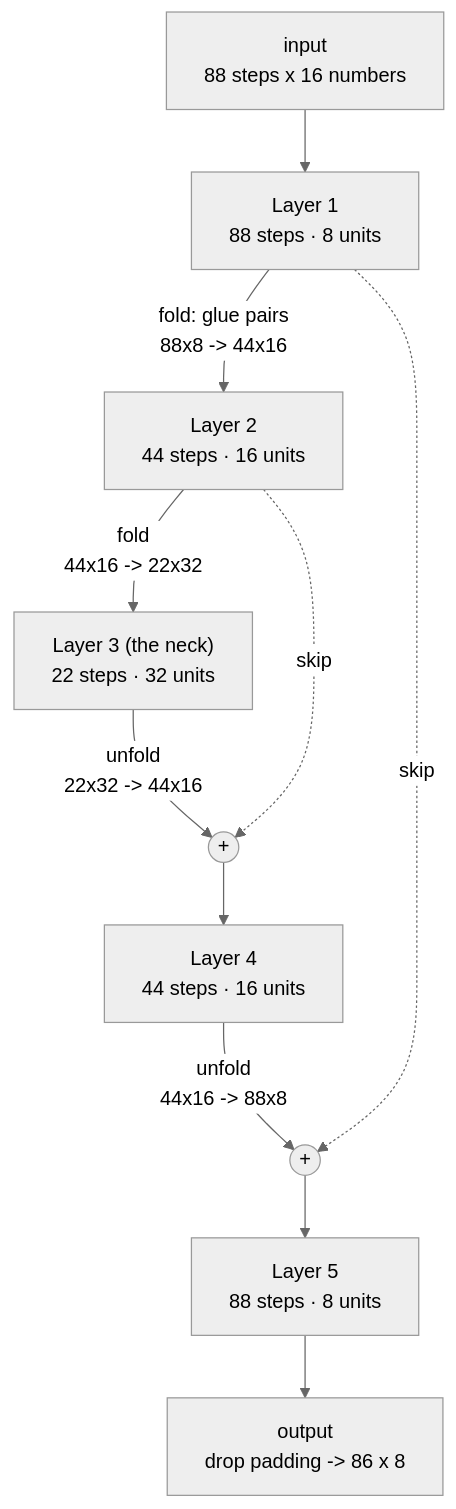
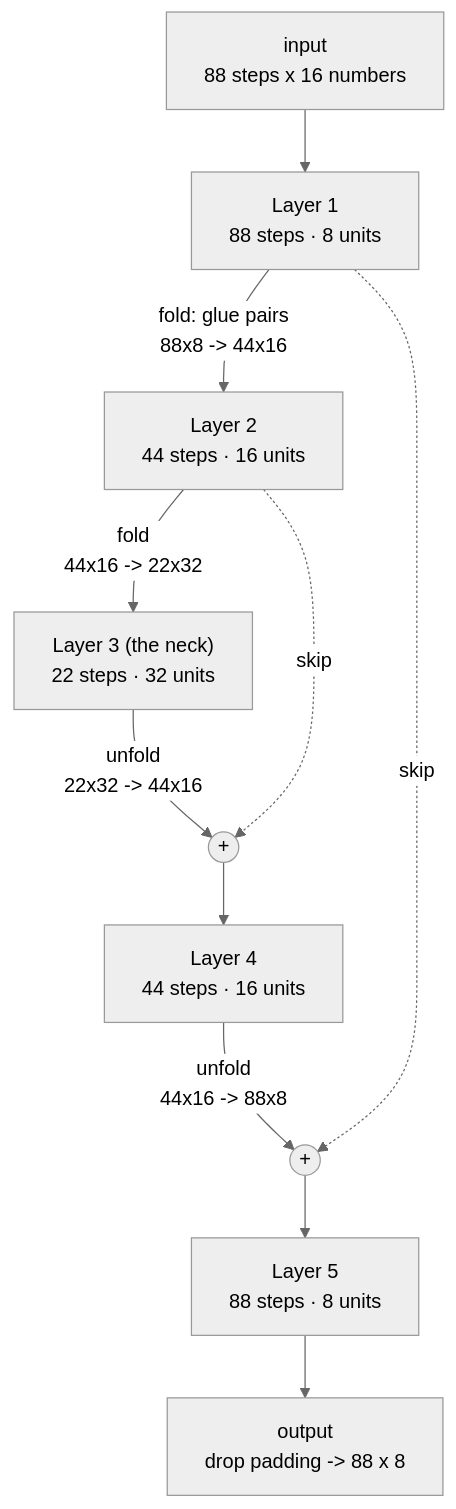
The eighth of 13 diagrams in README.md (Asyxddiq/mlda-audio-workshop), drawn with Mermaid (neutral theme) before and after one commit. The commit also changed other lines of this file and 2 other files, not shown here.

````diff
--- a/README.md
+++ b/README.md
@@ -263,13 +273,13 @@
 ```mermaid
 flowchart TD
     IN["input<br/>88 steps x 16 numbers"] --> L1["Layer 1<br/>88 steps · 8 units"]
     L1 -->|"fold: glue pairs<br/>88x8 -> 44x16"| L2["Layer 2<br/>44 steps · 16 units"]
     L2 -->|"fold<br/>44x16 -> 22x32"| L3["Layer 3 (the neck)<br/>22 steps · 32 units"]
     L3 -->|"unfold<br/>22x32 -> 44x16"| A4(("+"))
     L2 -. "skip" .-> A4
     A4 --> L4["Layer 4<br/>44 steps · 16 units"]
     L4 -->|"unfold<br/>44x16 -> 88x8"| A5(("+"))
     L1 -. "skip" .-> A5
     A5 --> L5["Layer 5<br/>88 steps · 8 units"]
-    L5 --> OUT["output<br/>drop padding -> 86 x 8"]
+    L5 --> OUT["output<br/>drop padding -> 88 x 8"]
 ```
````
